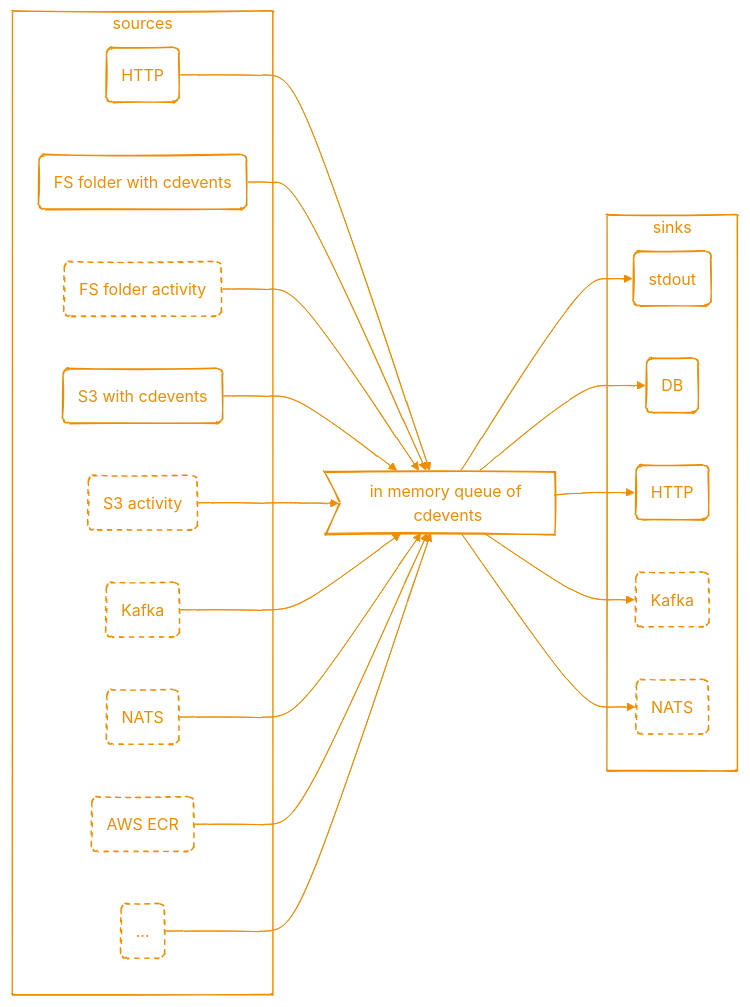
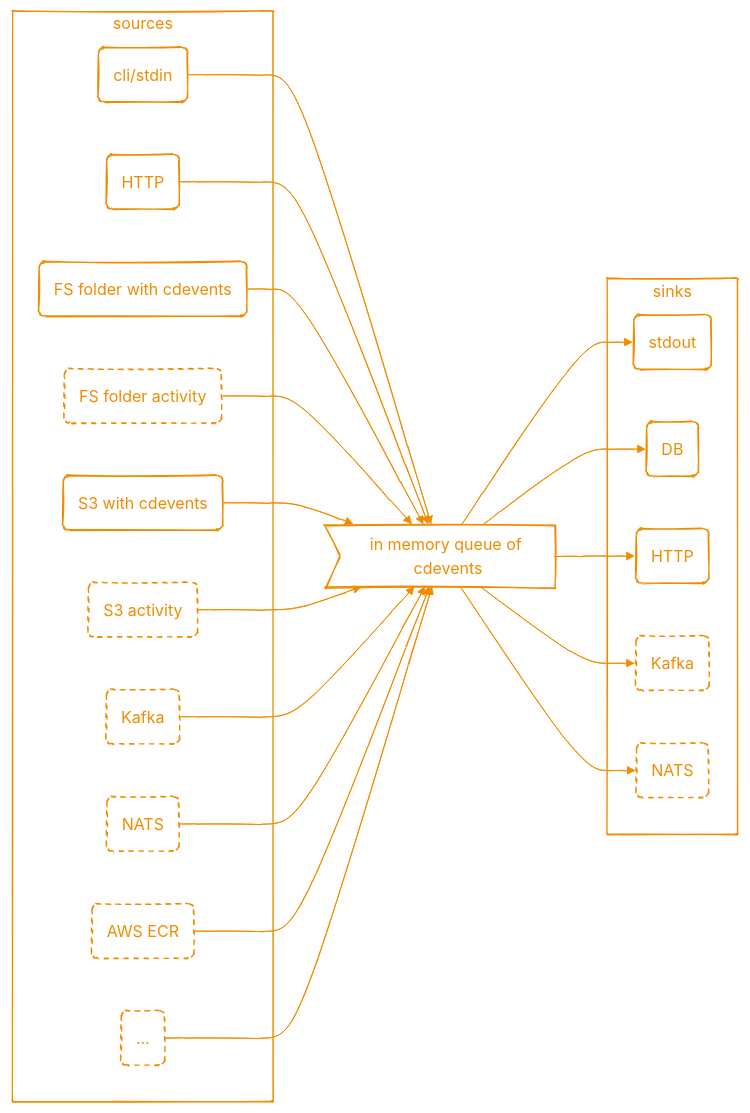
One commit to cdviz-dev/cdviz-collector changed the diagram in README.md. Above: the diagram before and after it, drawn with Mermaid. The commit also changed other lines of this file and 5 other files, not shown here.

````diff
--- a/README.md
+++ b/README.md
@@ -19,60 +19,62 @@
 ```mermaid
 ---
 config:
   theme: 'base'
   look: 'handDrawn'
   themeVariables:
     darkMode: true
     mainBkg: '#00000000'
     background: '#00000000'
     primaryColor: '#00000000'
     primaryTextColor: '#f08c00'
     secondaryTextColor: '#f08c00'
     tertiaryTextColor: '#f08c00'
     primaryBorderColor: '#f08c00'
     secondaryBorderColor: '#f08c00'
     tertiaryBorderColor: '#f08c00'
     noteTextColor: '#f08c00'
     noteBorderColor: '#f08c00'
     lineColor: '#f08c00'
     lineWidth: 2
 ---
 flowchart LR
   classDef future stroke-dasharray: 5 5
 
   q>in memory queue of cdevents]
 
   subgraph sources
+    src_cli(cli/stdin)
     src_http(HTTP)
     src_fs_content(FS folder with cdevents)
     src_fs_activity(FS folder activity):::future
     src_s3_content(S3 with cdevents)
     src_s3_activity(S3 activity):::future
     src_kafka(Kafka):::future
     src_nats(NATS):::future
     src_ecr(AWS ECR):::future
     src_misc(...):::future
   end
+  src_cli --> q
   src_http --> q
   src_fs_content --> q
   src_fs_activity --> q
   src_s3_content --> q
   src_s3_activity --> q
   src_kafka --> q
   src_nats --> q
   src_ecr --> q
   src_misc --> q
 
   subgraph sinks
     sink_stdout(stdout)
     sink_db(DB)
     sink_http(HTTP)
     sink_kafka(Kafka):::future
     sink_nats(NATS):::future
   end
   q --> sink_stdout
   q --> sink_http
   q --> sink_db
   q --> sink_kafka
   q --> sink_nats
 ```
````
